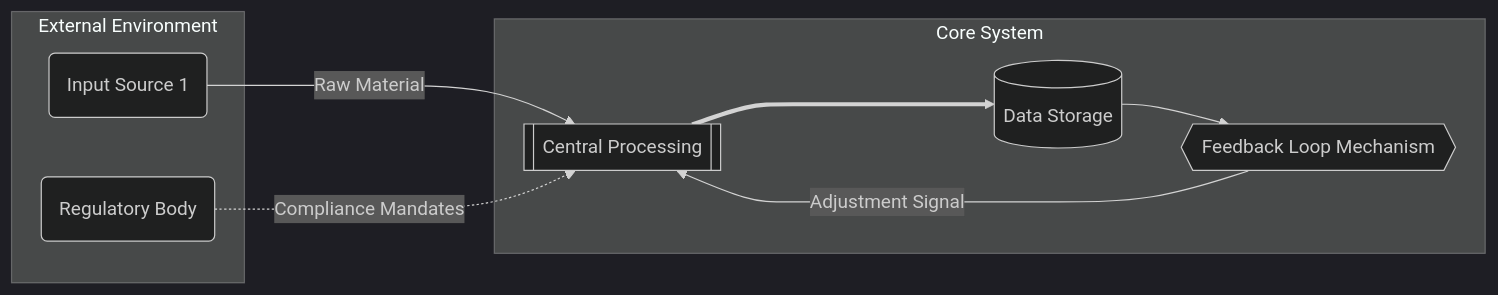
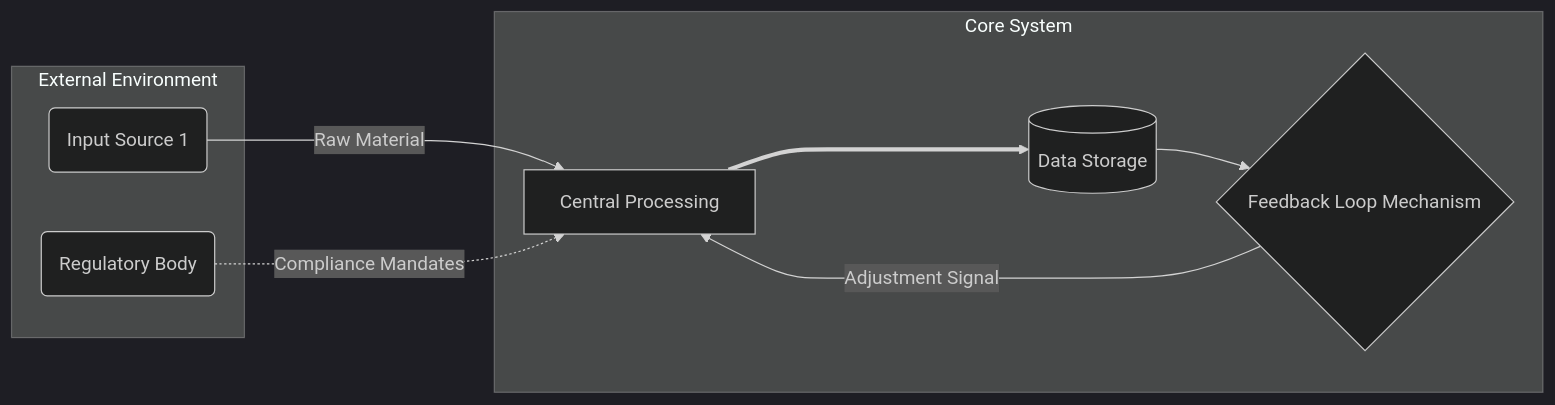
The diagram in .gemini/skills/mermaid-baseline-generator/assets/system_map_base.mmd (adamwpryor/assignnment_redesign_agent), drawn with Mermaid (dark theme) before and after one commit. The commit also changed 16 other files, not shown here.

Commit message:
feat: Add Resilient Designer agent with Mermaid baseline generation, constraint auditing, and predictability scoring skills for AI-resilient assignment creation.

```diff
--- a/.gemini/skills/mermaid-baseline-generator/assets/system_map_base.mmd
+++ b/.gemini/skills/mermaid-baseline-generator/assets/system_map_base.mmd
@@ -1,22 +1,17 @@
 flowchart LR
     subgraph External Environment
-        A(Input Source 1)
-        B(Regulatory Body)
+        A("Input Source 1")
+        B("Regulatory Body")
     end
     
     subgraph Core System
-        C[[Central Processing]]
-        D[(Data Storage)]
-        E{{Feedback Loop Mechanism}}
+        C["Central Processing"]
+        D[("Data Storage")]
+        E{"Feedback Loop Mechanism"}
     end
     
-    A -->|Raw Material| C
-    B -.->|Compliance Mandates| C
+    A -->|"Raw Material"| C
+    B -.->|"Compliance Mandates"| C
     C ===> D
     D --> E
-    E -->|Adjustment Signal| C
-    
-    %% Instructions for Student Modification:
-    %% 1. Map this generic system to the specific organizational structure discussed in Week 3.
-    %% 2. Identify and draw one structural vulnerability not shown here.
-    %% 3. Be prepared to defend why you assigned specific shapes to specific actors.
+    E -->|"Adjustment Signal"| C
```
